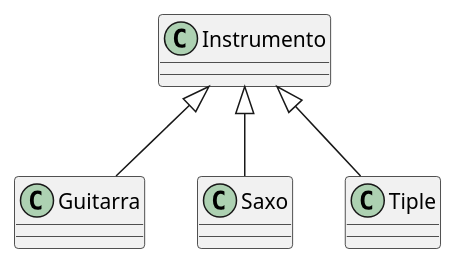
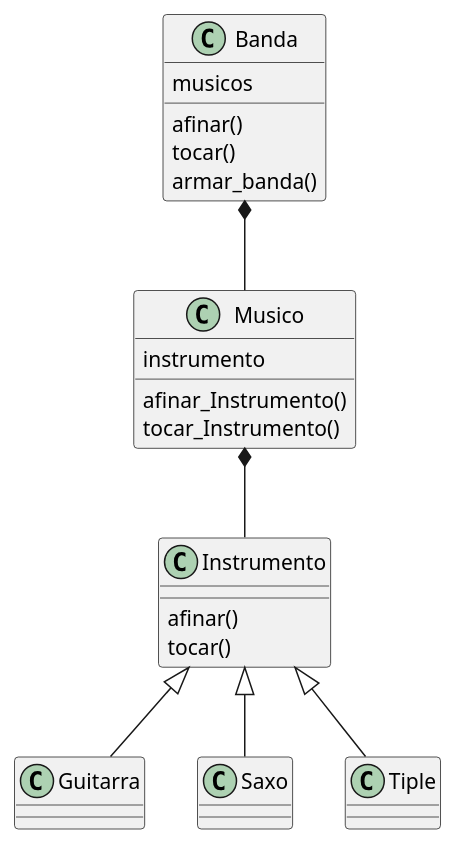
The diagram in clases.plantuml (Nay4th/Orquesta), drawn with PlantUML before and after one commit. The commit also changed 2 other files, not shown here.

```diff
--- a/clases.plantuml
+++ b/clases.plantuml
@@ -1,7 +1,21 @@
 @startuml
 
 Instrumento <|-- Guitarra
 Instrumento <|-- Saxo 
 Instrumento <|-- Tiple
 
-@enduml 
+Musico *-- Instrumento
+Banda *-- Musico
+
+Instrumento : afinar()
+Instrumento : tocar()
+Musico : instrumento
+Musico : afinar_Instrumento()
+Musico : tocar_Instrumento()
+Banda : musicos
+Banda : afinar()
+Banda : tocar()
+Banda : armar_banda()
+
+
+@enduml
```
